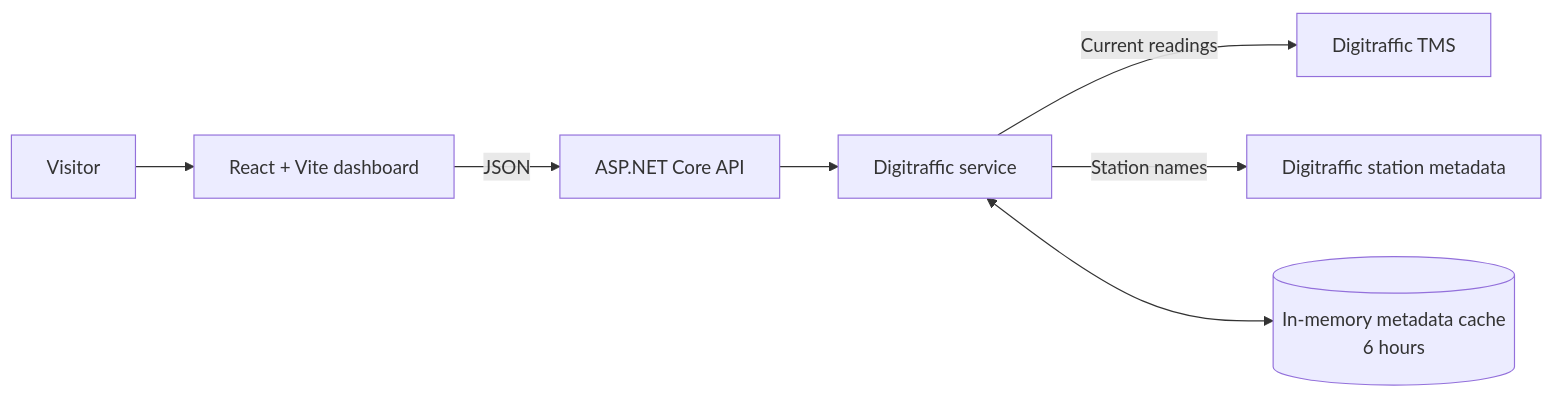
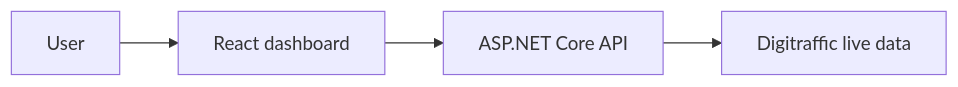
One commit to ud4uddav/traffic-insight changed the diagram in README.md. Above: the diagram before and after it, drawn with Mermaid. The commit also changed other lines of this file, not shown here.

Commit message:
Shorten README and add live dashboard link

````diff
--- a/README.md
+++ b/README.md
@@ -16,9 +17,6 @@
 ```mermaid
 flowchart LR
-    Visitor[Visitor] --> Browser[React + Vite dashboard]
-    Browser -->|JSON| Api[ASP.NET Core API]
-    Api --> Service[Digitraffic service]
-    Service -->|Current readings| TMS[Digitraffic TMS]
-    Service -->|Station names| Metadata[Digitraffic station metadata]
-    Service <--> Cache[(In-memory metadata cache<br/>6 hours)]
+    User --> React[React dashboard]
+    React --> API[ASP.NET Core API]
+    API --> Digitraffic[Digitraffic live data]
 ```
````
